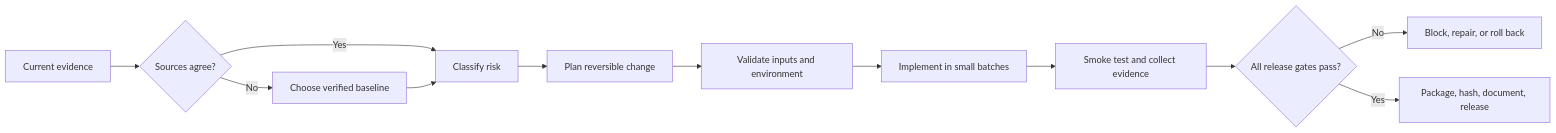
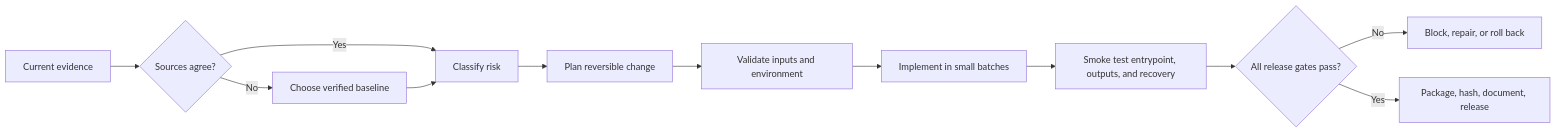
One commit to Jnapier2/Jnapier2 changed the diagram in case-studies/reliable-project-delivery-framework/README.md. Above: the diagram before and after it, drawn with Mermaid. The commit also changed other lines of this file, not shown here.

Commit message:
Publish framework v1.5.0 entrypoint and project-local output controls

````diff
--- a/case-studies/reliable-project-delivery-framework/README.md
+++ b/case-studies/reliable-project-delivery-framework/README.md
@@ -60,14 +77,14 @@
 ```mermaid
 flowchart LR
     A[Current evidence] --> B{Sources agree?}
     B -- No --> C[Choose verified baseline]
     B -- Yes --> D[Classify risk]
     C --> D
     D --> E[Plan reversible change]
     E --> F[Validate inputs and environment]
     F --> G[Implement in small batches]
-    G --> H[Smoke test and collect evidence]
+    G --> H[Smoke test entrypoint, outputs, and recovery]
     H --> I{All release gates pass?}
     I -- No --> J[Block, repair, or roll back]
     I -- Yes --> K[Package, hash, document, release]
 ```
````
